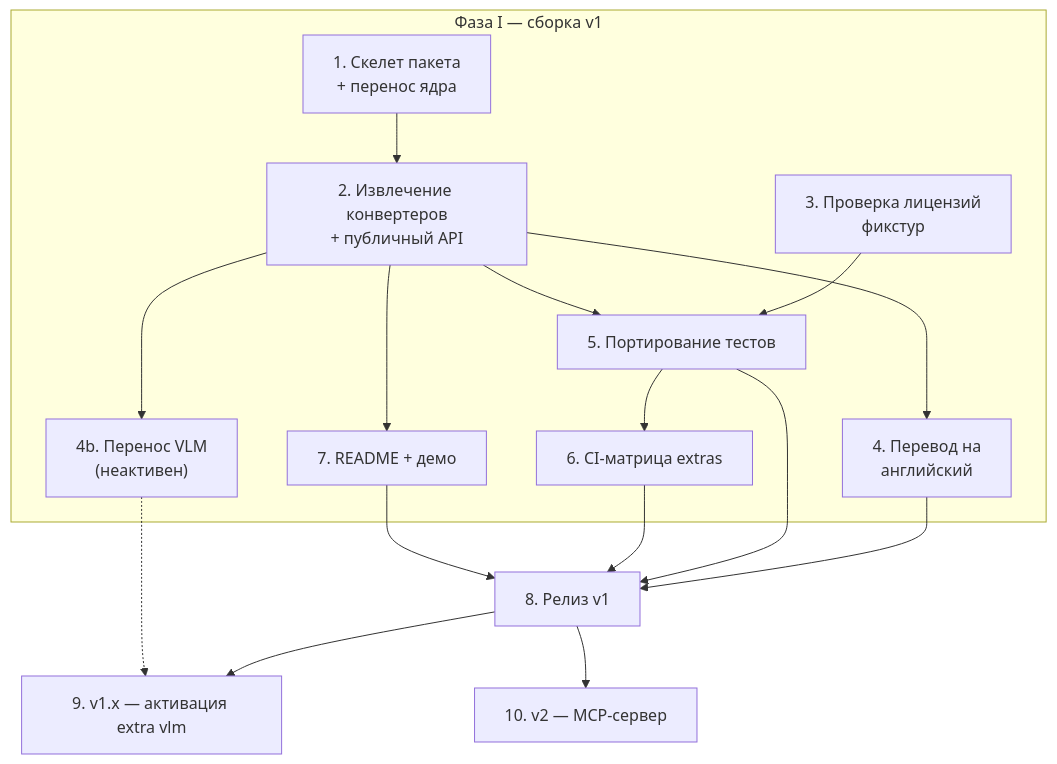
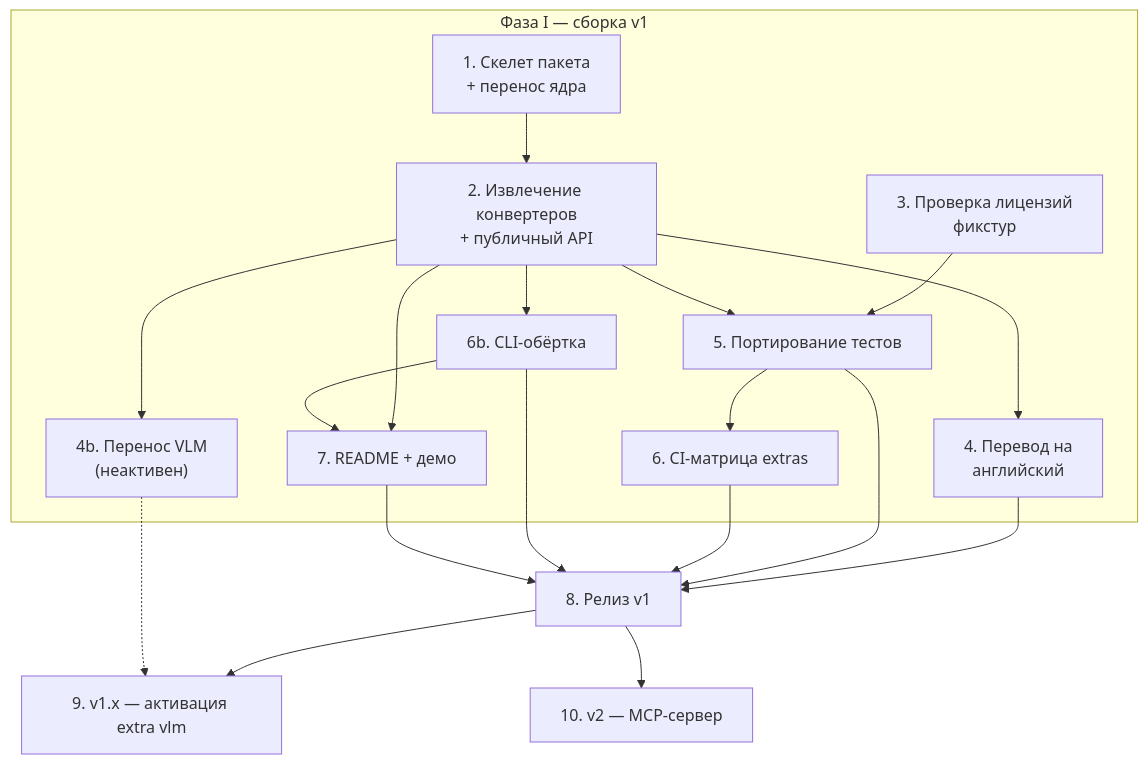
Before and after one commit to HelgDemidov/refigure: the diagram in docs/execution-sequence-2026-08-04.md, drawn with Mermaid. The commit also changed other lines of this file and 1 other file, not shown here.

First line of the commit message:
docs: add stage 6b (CLI wrapper) to roadmap, correct stale cldr-cnr claim

````diff
--- a/docs/execution-sequence-2026-08-04.md
+++ b/docs/execution-sequence-2026-08-04.md
@@ -14,31 +15,35 @@
 ```mermaid
 flowchart TD
     subgraph P1["Фаза I — сборка v1"]
         S1["1. Скелет пакета<br/>+ перенос ядра"]
         S3["3. Проверка лицензий<br/>фикстур"]
         S2["2. Извлечение конвертеров<br/>+ публичный API"]
         S4["4. Перевод на<br/>английский"]
         S4b["4b. Перенос VLM<br/>(неактивен)"]
         S5["5. Портирование тестов"]
         S6["6. CI-матрица extras"]
+        S6b["6b. CLI-обёртка"]
         S7["7. README + демо"]
     end
     S8["8. Релиз v1"]
     S9["9. v1.x — активация extra vlm"]
     S10["10. v2 — MCP-сервер"]
 
     S1 --> S2
     S3 --> S5
     S2 --> S4
     S2 --> S4b
     S2 --> S5
     S2 --> S7
+    S2 --> S6b
     S5 --> S6
+    S6b --> S7
     S4 --> S8
     S5 --> S8
     S6 --> S8
+    S6b --> S8
     S7 --> S8
     S8 --> S9
     S8 --> S10
     S4b -.-> S9
 ```
````
